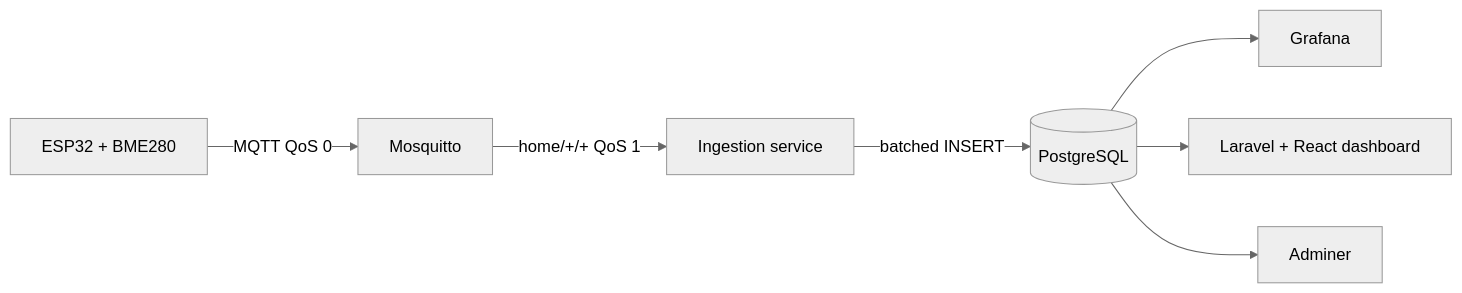
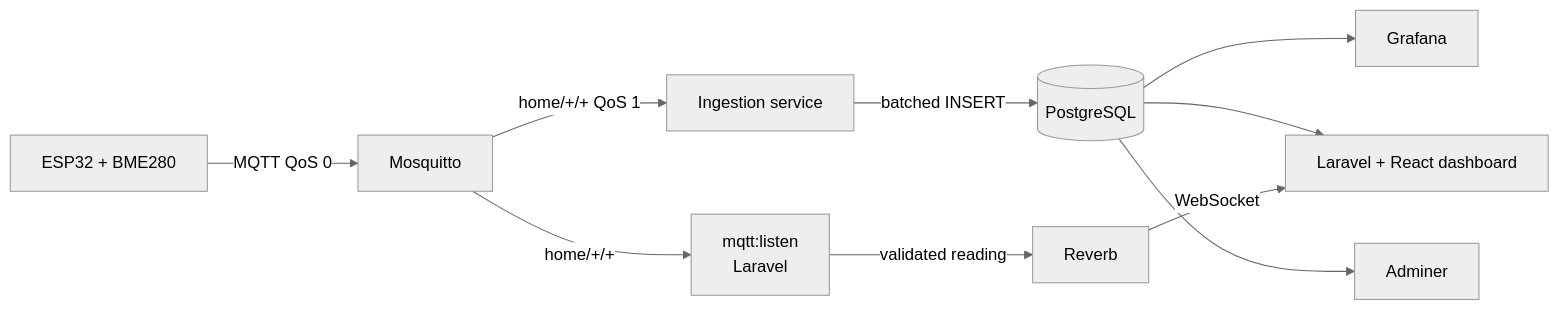
Before and after one commit to joelfrens/home-automation: the diagram in README.md, drawn with Mermaid (neutral theme). The commit also changed other lines of this file and 36 other files, not shown here.

Commit message:
added reverb live dashboard and mqtt package

````diff
--- a/README.md
+++ b/README.md
@@ -13,9 +13,12 @@
 ```mermaid
 flowchart LR
     A[ESP32 + BME280] -->|MQTT QoS 0| B[Mosquitto]
     B -->|home/+/+ QoS 1| C[Ingestion service]
     C -->|batched INSERT| D[(PostgreSQL)]
     D --> E[Grafana]
     D --> G[Laravel + React dashboard]
     D --> F[Adminer]
+    B -->|home/+/+| H[mqtt:listen<br/>Laravel]
+    H -->|validated reading| R[Reverb]
+    R -->|WebSocket| G
 ```
````
